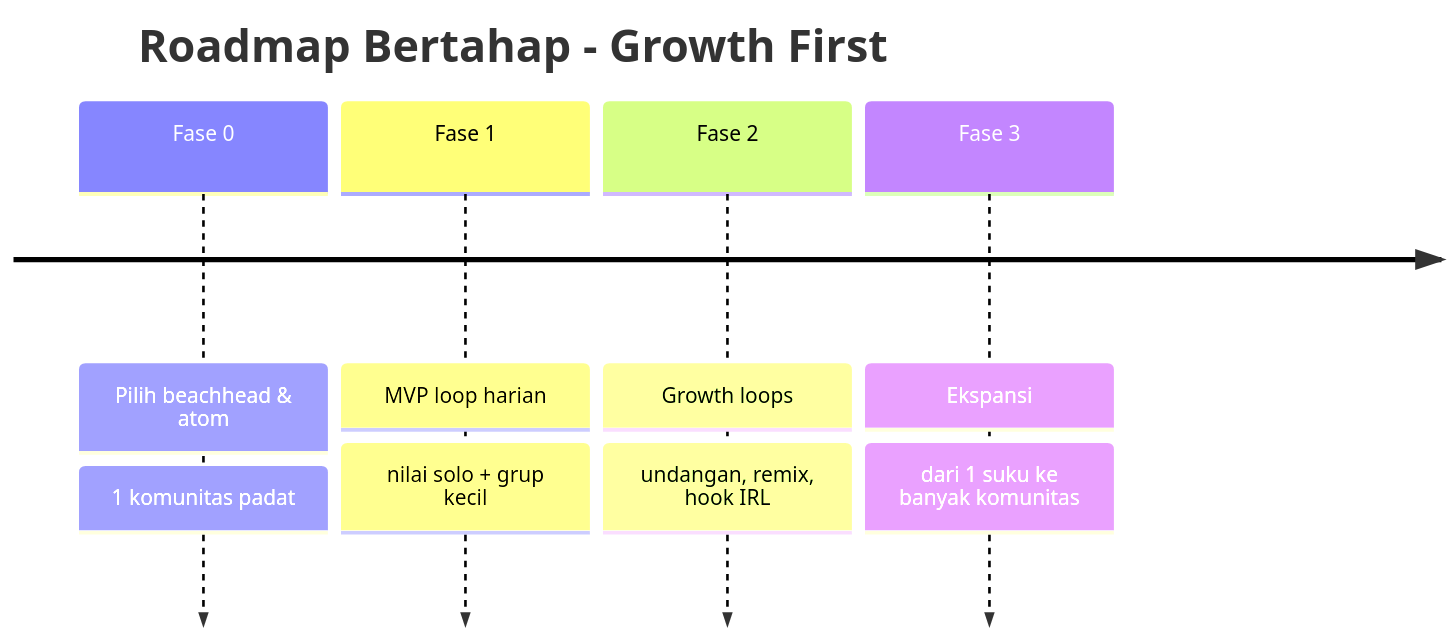
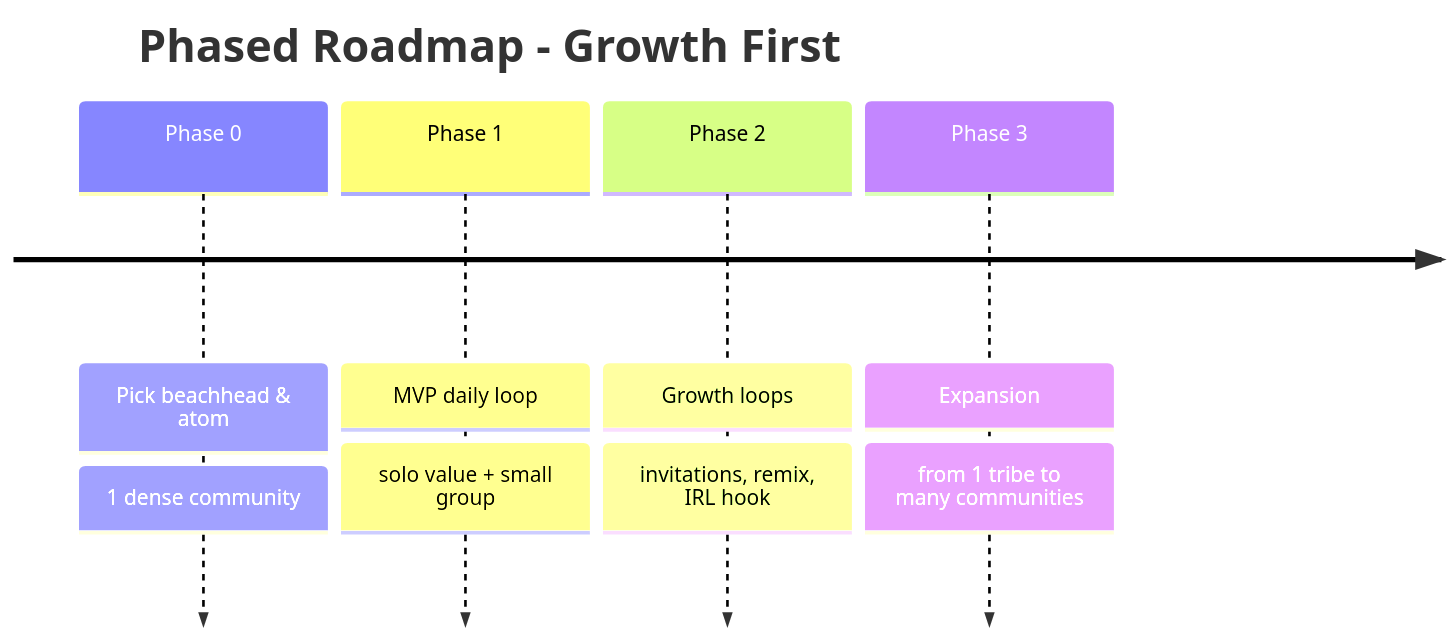
The third of 3 diagrams in research/05-rekomendasi.md (itsmhp/SocialMedia), drawn with Mermaid before and after one commit. The commit also changed other lines of this file and 23 other files, not shown here.

````diff
--- a/research/05-rekomendasi.md
+++ b/research/05-rekomendasi.md
@@ -40,8 +40,8 @@
 ```mermaid
 timeline
-    title Roadmap Bertahap - Growth First
-    Fase 0 : Pilih beachhead & atom : 1 komunitas padat
-    Fase 1 : MVP loop harian : nilai solo + grup kecil
-    Fase 2 : Growth loops : undangan, remix, hook IRL
-    Fase 3 : Ekspansi : dari 1 suku ke banyak komunitas
+    title Phased Roadmap - Growth First
+    Phase 0 : Pick beachhead & atom : 1 dense community
+    Phase 1 : MVP daily loop : solo value + small group
+    Phase 2 : Growth loops : invitations, remix, IRL hook
+    Phase 3 : Expansion : from 1 tribe to many communities
 ```
````
